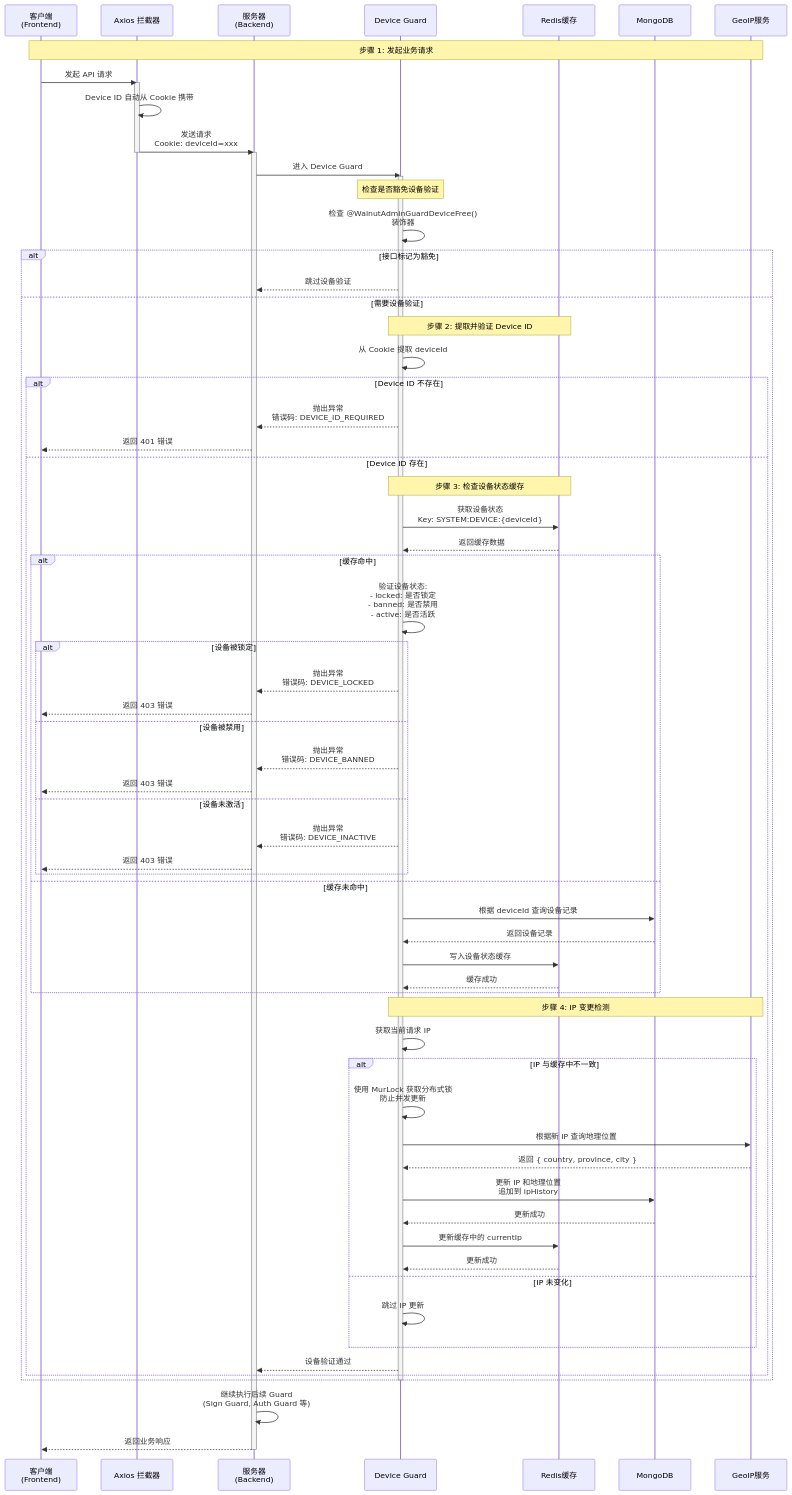
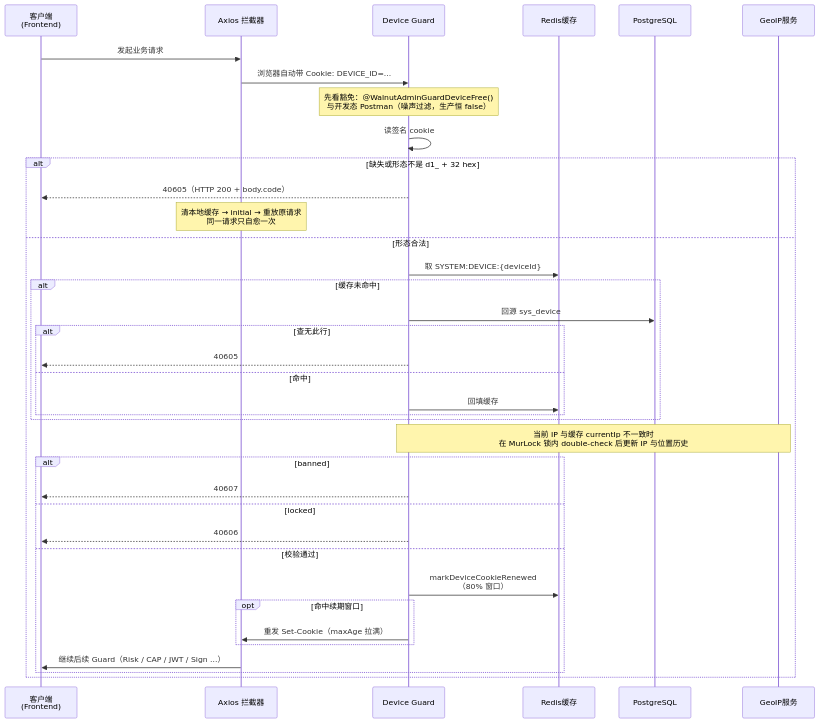
Before and after one commit to walnut-admin/walnut-admin: the second of 2 diagrams in apps/docs/src/zh-CN/content/shared/device.md, drawn with Mermaid. The commit also changed other lines of this file and 18 other files, not shown here.

````diff
--- a/apps/docs/src/zh-CN/content/shared/device.md
+++ b/apps/docs/src/zh-CN/content/shared/device.md
@@ -152,82 +183,40 @@
 ```mermaid
 sequenceDiagram
     participant Client as 客户端<br/>(Frontend)
     participant Interceptor as Axios 拦截器
-    participant Server as 服务器<br/>(Backend)
-    participant DeviceGuard as Device Guard
+    participant Guard as Device Guard
     participant Redis as Redis缓存
-    participant DB as MongoDB
+    participant DB as PostgreSQL
     participant GeoIP as GeoIP服务
 
-    Note over Client,GeoIP: 步骤 1: 发起业务请求
-    Client->>Interceptor: 发起 API 请求
-    activate Interceptor
-    Interceptor->>Interceptor: Device ID 自动从 Cookie 携带
-    Interceptor->>Server: 发送请求<br/>Cookie: deviceId=xxx
-    deactivate Interceptor
-
-    activate Server
-    Server->>DeviceGuard: 进入 Device Guard
-    activate DeviceGuard
-
-    Note over DeviceGuard: 检查是否豁免设备验证
-    DeviceGuard->>DeviceGuard: 检查 @WalnutAdminGuardDeviceFree()<br/>装饰器
-
-    alt 接口标记为豁免
-        DeviceGuard-->>Server: 跳过设备验证
-    else 需要设备验证
-        Note over DeviceGuard,Redis: 步骤 2: 提取并验证 Device ID
-        DeviceGuard->>DeviceGuard: 从 Cookie 提取 deviceId
-
-        alt Device ID 不存在
-            DeviceGuard-->>Server: 抛出异常<br/>错误码: DEVICE_ID_REQUIRED
-            Server-->>Client: 返回 401 错误
-        else Device ID 存在
-            Note over DeviceGuard,Redis: 步骤 3: 检查设备状态缓存
-            DeviceGuard->>Redis: 获取设备状态<br/>Key: SYSTEM:DEVICE:{deviceId}
-            Redis-->>DeviceGuard: 返回缓存数据
-
-            alt 缓存命中
-                DeviceGuard->>DeviceGuard: 验证设备状态:<br/>- locked: 是否锁定<br/>- banned: 是否禁用<br/>- active: 是否活跃
-
-                alt 设备被锁定
-                    DeviceGuard-->>Server: 抛出异常<br/>错误码: DEVICE_LOCKED
-                    Server-->>Client: 返回 403 错误
-                else 设备被禁用
-                    DeviceGuard-->>Server: 抛出异常<br/>错误码: DEVICE_BANNED
-                    Server-->>Client: 返回 403 错误
-                else 设备未激活
-                    DeviceGuard-->>Server: 抛出异常<br/>错误码: DEVICE_INACTIVE
-                    Server-->>Client: 返回 403 错误
-                end
-            else 缓存未命中
-                DeviceGuard->>DB: 根据 deviceId 查询设备记录
-                DB-->>DeviceGuard: 返回设备记录
-                DeviceGuard->>Redis: 写入设备状态缓存
-                Redis-->>DeviceGuard: 缓存成功
+    Client->>Interceptor: 发起业务请求
+    Interceptor->>Guard: 浏览器自动带 Cookie: DEVICE_ID=...
+    Note over Guard: 先看豁免：@WalnutAdminGuardDeviceFree()<br/>与开发态 Postman（噪声过滤，生产恒 false）
+    Guard->>Guard: 读签名 cookie
+    alt 缺失或形态不是 d1_ + 32 hex
+        Guard-->>Client: 40605（HTTP 200 + body.code）
+        Note over Interceptor: 清本地缓存 → initial → 重放原请求<br/>同一请求只自愈一次
+    else 形态合法
+        Guard->>Redis: 取 SYSTEM:DEVICE:{deviceId}
+        alt 缓存未命中
+            Guard->>DB: 回源 sys_device
+            alt 查无此行
+                Guard-->>Client: 40605
+            else 命中
+                Guard->>Redis: 回填缓存
             end
-
-            Note over DeviceGuard,GeoIP: 步骤 4: IP 变更检测
-            DeviceGuard->>DeviceGuard: 获取当前请求 IP
-
-            alt IP 与缓存中不一致
-                DeviceGuard->>DeviceGuard: 使用 MurLock 获取分布式锁<br/>防止并发更新
-                DeviceGuard->>GeoIP: 根据新 IP 查询地理位置
-                GeoIP-->>DeviceGuard: 返回 { country, province, city }
-                DeviceGuard->>DB: 更新 IP 和地理位置<br/>追加到 ipHistory
-                DB-->>DeviceGuard: 更新成功
-                DeviceGuard->>Redis: 更新缓存中的 currentIp
-                Redis-->>DeviceGuard: 更新成功
-            else IP 未变化
-                DeviceGuard->>DeviceGuard: 跳过 IP 更新
+        end
+        Note over Guard,GeoIP: 当前 IP 与缓存 currentIp 不一致时<br/>在 MurLock 锁内 double-check 后更新 IP 与位置历史
+        alt banned
+            Guard-->>Client: 40607
+        else locked
+            Guard-->>Client: 40606
+        else 校验通过
+            Guard->>Redis: markDeviceCookieRenewed<br/>（80% 窗口）
+            opt 命中续期窗口
+                Guard->>Interceptor: 重发 Set-Cookie（maxAge 拉满）
             end
-
-            DeviceGuard-->>Server: 设备验证通过
+            Interceptor->>Client: 继续后续 Guard（Risk / CAP / JWT / Sign ...）
         end
     end
-    deactivate DeviceGuard
-
-    Server->>Server: 继续执行后续 Guard<br/>(Sign Guard, Auth Guard 等)
-    Server-->>Client: 返回业务响应
-    deactivate Server
 ```
````
